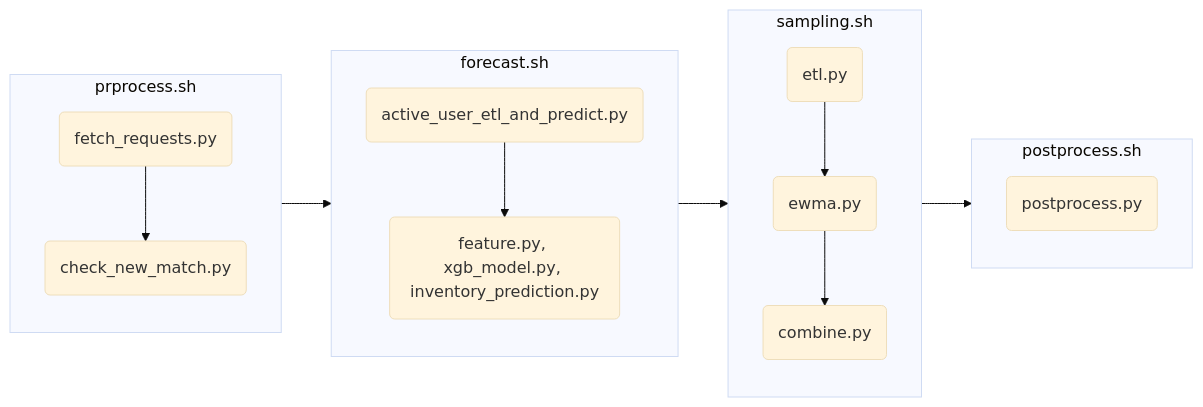
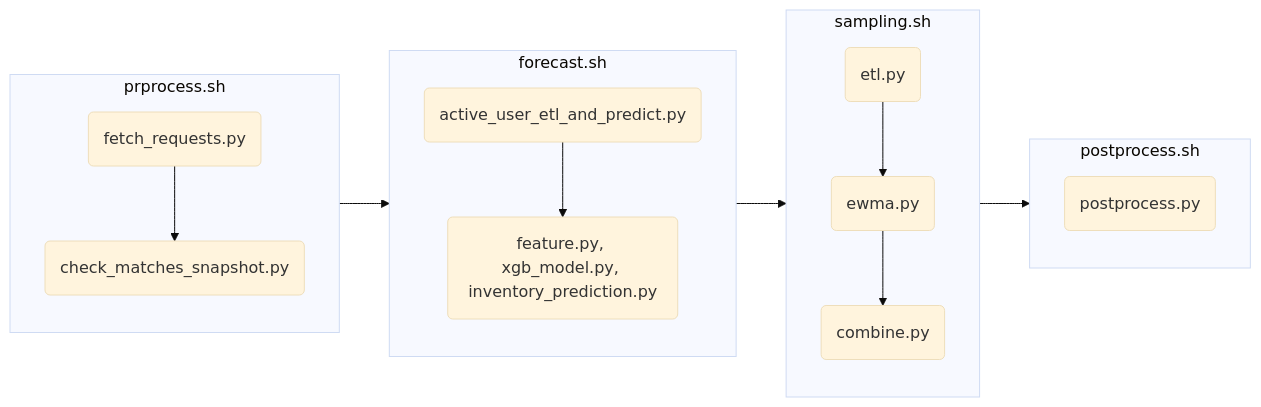
One commit to xiaoyali123456/inventory_forecasting changed the diagram in pipeline/readme.md. Above: the diagram before and after it, drawn with Mermaid (base theme). The commit also changed 4 other files, not shown here.

````diff
--- a/pipeline/readme.md
+++ b/pipeline/readme.md
@@ -3,19 +3,19 @@
 ```mermaid
 graph LR
   subgraph prprocess.sh
     direction TB
-    A(fetch_requests.py) --> B(check_new_match.py)
+    A(fetch_requests.py) --> B(check_matches_snapshot.py)
   end
   subgraph forecast.sh
     direction TB
     C(active_user_etl_and_predict.py) --> D(feature.py, xgb_model.py, inventory_prediction.py)
   end
   subgraph sampling.sh
     direction TB
     E(etl.py) --> F(ewma.py) --> G(combine.py)
   end
   subgraph postprocess.sh
     H(postprocess.py)
   end
   prprocess.sh --> forecast.sh --> sampling.sh --> postprocess.sh
 ```
````
